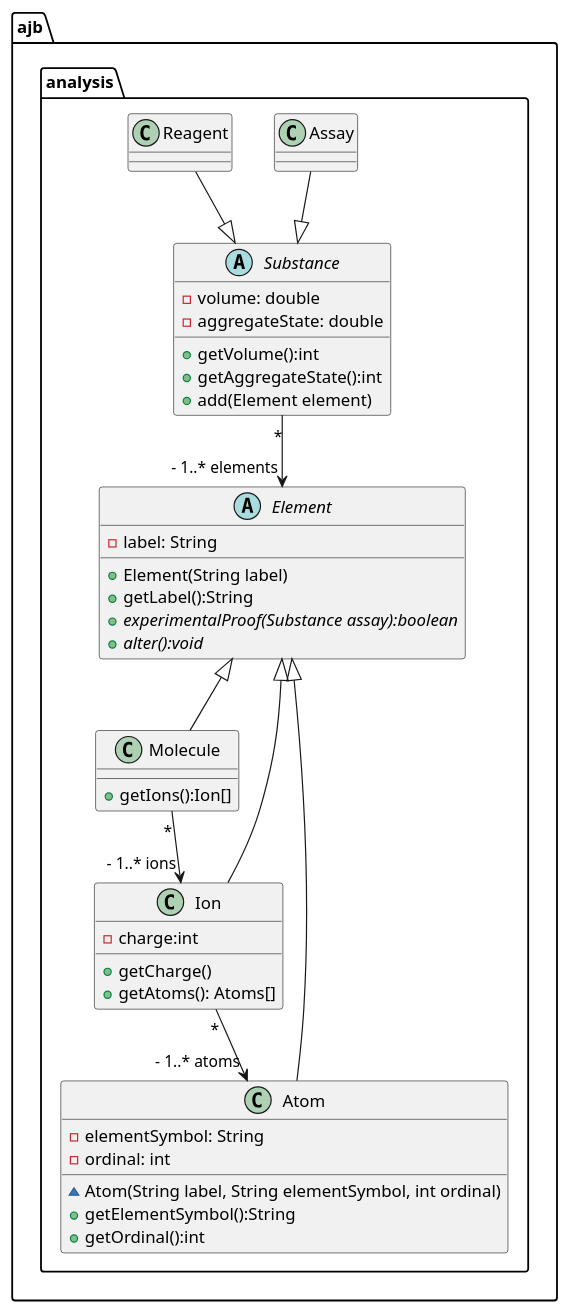
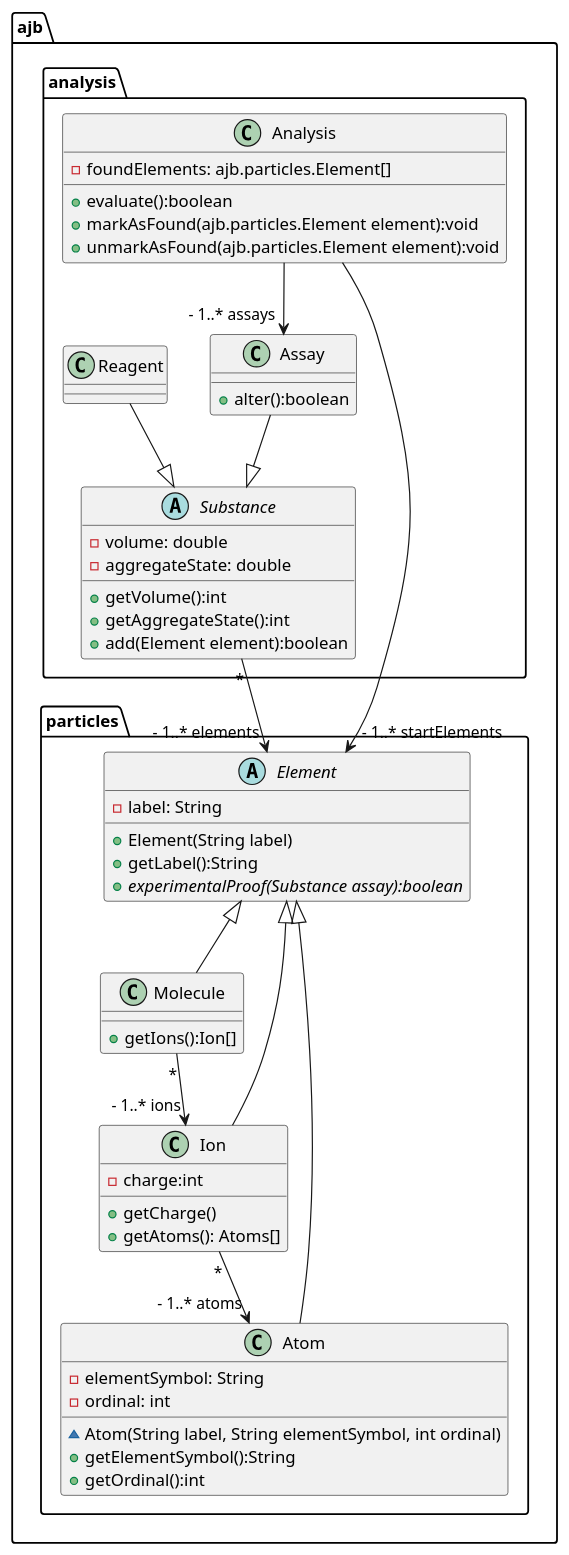
The diagram in Documentation/plantuml/Bausteinsicht/Ebene2/2Ebene-Analysis.puml (pfeilda/softwareengineeringProjekt), drawn with PlantUML before and after one commit. The commit also changed 4 other files, not shown here.

Commit message:
improved UML

```diff
--- a/Documentation/plantuml/Bausteinsicht/Ebene2/2Ebene-Analysis.puml
+++ b/Documentation/plantuml/Bausteinsicht/Ebene2/2Ebene-Analysis.puml
@@ -1,52 +1,64 @@
 @startuml
 
 namespace ajb{
-    namespace analysis{
+    namespace particles{
         abstract class Element{
             -label: String
             +Element(String label)
             +getLabel():String
             +{abstract} experimentalProof(Substance assay):boolean
-            +{abstract} alter():void
+'            +{abstract} alter():void
         }
 
         class Molecule extends Element{
             +getIons():Ion[]
         }
         Molecule "*" --> "- 1..* ions" Ion
 
         class Ion extends Element{
             -charge:int
             +getCharge()
             +getAtoms(): Atoms[]
         }
         Ion "*" --> "- 1..* atoms" Atom
 
         class Atom extends Element{
             -elementSymbol: String
             -ordinal: int
             ~Atom(String label, String elementSymbol, int ordinal)
             +getElementSymbol():String
             +getOrdinal():int
         }
+    }
+    namespace analysis{
 
         abstract class Substance {
             -volume: double
             -aggregateState: double
             +getVolume():int
             +getAggregateState():int
-            +add(Element element)
+            +add(Element element):boolean
         }
-        Substance " *" --> "- 1..* elements" Element
+        Substance " *" --> "- 1..* elements" .ajb.particles.Element
 
         class Assay{
+            +alter():boolean
         }
         Assay -down-|> Substance
+
+        class Analysis{
+            - foundElements: ajb.particles.Element[]
+            + evaluate():boolean
+            + markAsFound(ajb.particles.Element element):void
+            + unmarkAsFound(ajb.particles.Element element):void
+        }
+        Analysis --> "- 1..* startElements" .ajb.particles.Element
+        Analysis --> "- 1..* assays" Assay
 
         class Reagent{
         }
         Reagent -down-|> Substance
     }
 }
 
 @enduml
```
